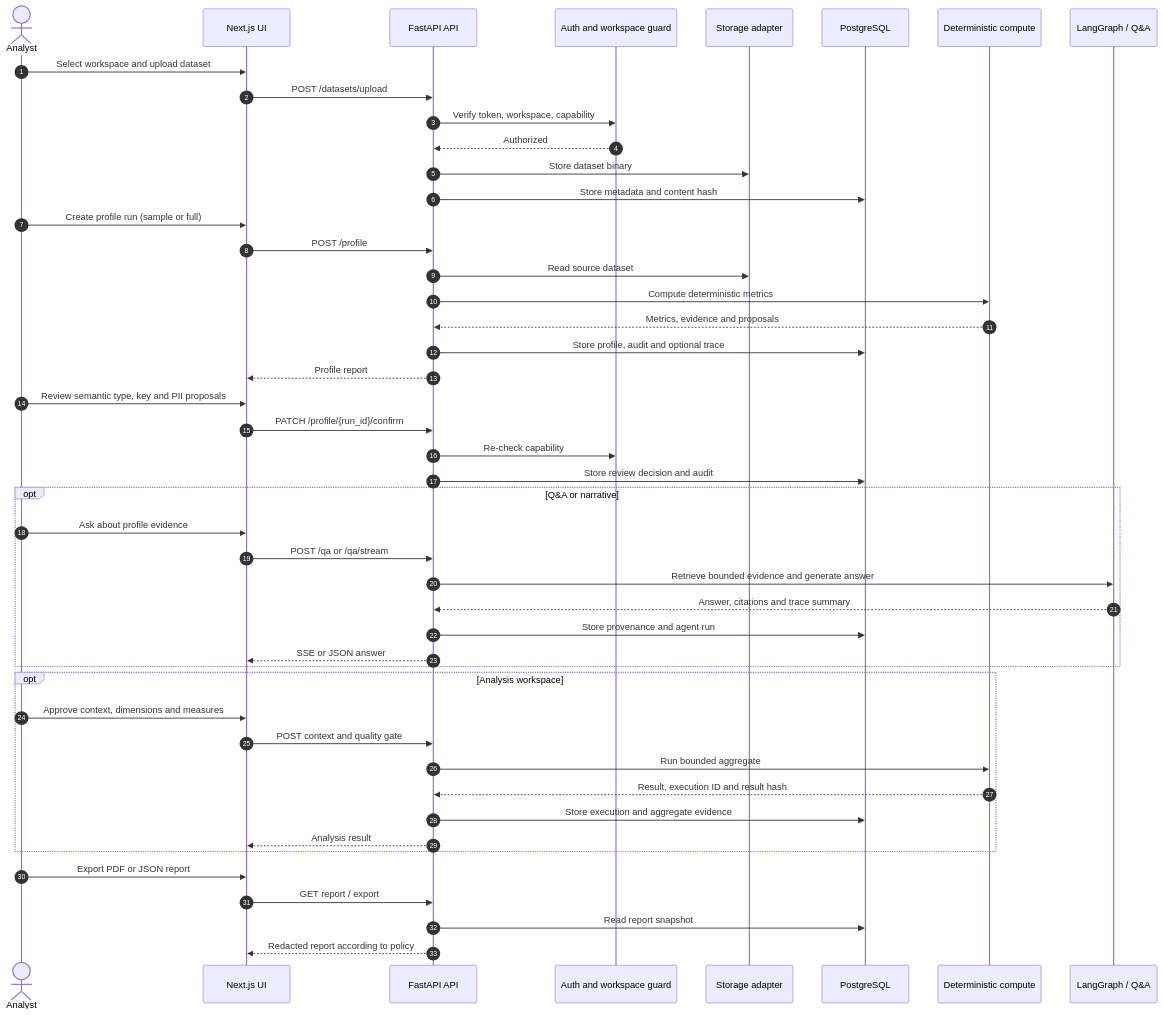
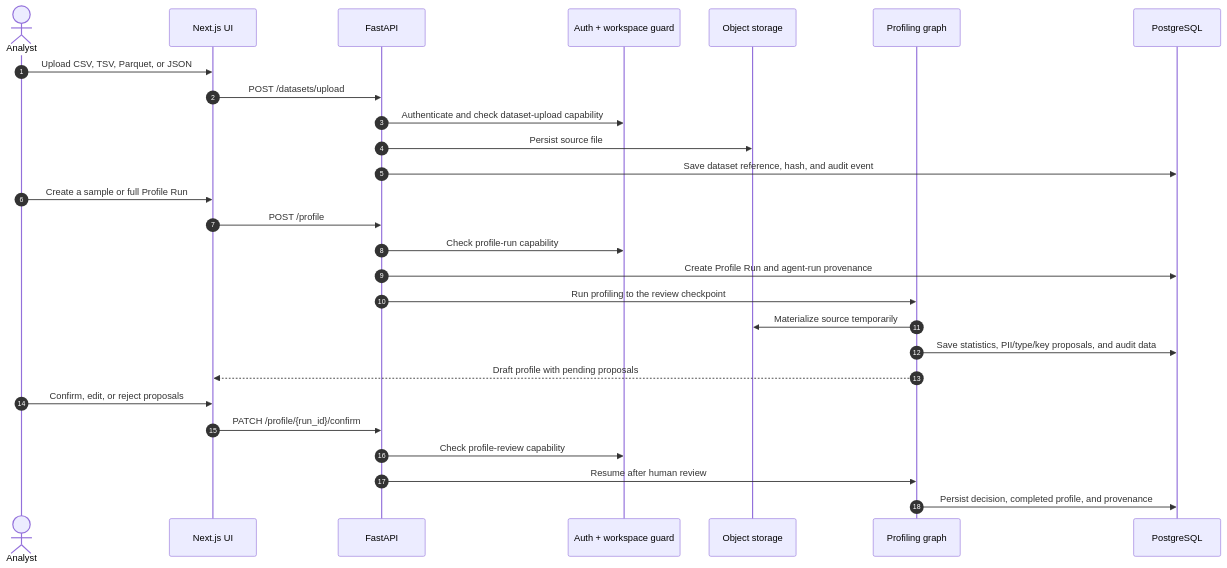
One commit to mhiu05/VDaAgent changed the second of 3 diagrams in ARCHITECTURE.md. Above: the diagram before and after it, drawn with Mermaid. The commit also changed other lines of this file and 6 other files, not shown here.

````diff
--- a/ARCHITECTURE.md
+++ b/ARCHITECTURE.md
@@ -64,55 +101,32 @@
 ```mermaid
 sequenceDiagram
     autonumber
     actor A as Analyst
-    participant FE as Next.js UI
-    participant API as FastAPI API
-    participant AUTH as Auth and workspace guard
-    participant S as Storage adapter
+    participant UI as Next.js UI
+    participant API as FastAPI
+    participant Auth as Auth + workspace guard
+    participant Store as Object storage
+    participant Graph as Profiling graph
     participant DB as PostgreSQL
-    participant C as Deterministic compute
-    participant G as LangGraph / Q&A
 
-    A->>FE: Select workspace and upload dataset
-    FE->>API: POST /datasets/upload
-    API->>AUTH: Verify token, workspace, capability
-    AUTH-->>API: Authorized
-    API->>S: Store dataset binary
-    API->>DB: Store metadata and content hash
+    A->>UI: Upload CSV, TSV, Parquet, or JSON
+    UI->>API: POST /datasets/upload
+    API->>Auth: Authenticate and check dataset-upload capability
+    API->>Store: Persist source file
+    API->>DB: Save dataset reference, hash, and audit event
 
-    A->>FE: Create profile run (sample or full)
-    FE->>API: POST /profile
-    API->>S: Read source dataset
-    API->>C: Compute deterministic metrics
-    C-->>API: Metrics, evidence and proposals
-    API->>DB: Store profile, audit and optional trace
-    API-->>FE: Profile report
+    A->>UI: Create a sample or full Profile Run
+    UI->>API: POST /profile
+    API->>Auth: Check profile-run capability
+    API->>DB: Create Profile Run and agent-run provenance
+    API->>Graph: Run profiling to the review checkpoint
+    Graph->>Store: Materialize source temporarily
+    Graph->>DB: Save statistics, PII/type/key proposals, and audit data
+    Graph-->>UI: Draft profile with pending proposals
 
-    A->>FE: Review semantic type, key and PII proposals
-    FE->>API: PATCH /profile/{run_id}/confirm
-    API->>AUTH: Re-check capability
-    API->>DB: Store review decision and audit
-
-    opt Q&A or narrative
-        A->>FE: Ask about profile evidence
-        FE->>API: POST /qa or /qa/stream
-        API->>G: Retrieve bounded evidence and generate answer
-        G-->>API: Answer, citations and trace summary
-        API->>DB: Store provenance and agent run
-        API-->>FE: SSE or JSON answer
-    end
-
-    opt Analysis workspace
-        A->>FE: Approve context, dimensions and measures
-        FE->>API: POST context and quality gate
-        API->>C: Run bounded aggregate
-        C-->>API: Result, execution ID and result hash
-        API->>DB: Store execution and aggregate evidence
-        API-->>FE: Analysis result
-    end
-
-    A->>FE: Export PDF or JSON report
-    FE->>API: GET report / export
-    API->>DB: Read report snapshot
-    API-->>FE: Redacted report according to policy
+    A->>UI: Confirm, edit, or reject proposals
+    UI->>API: PATCH /profile/{run_id}/confirm
+    API->>Auth: Check profile-review capability
+    API->>Graph: Resume after human review
+    Graph->>DB: Persist decision, completed profile, and provenance
 ```
````
